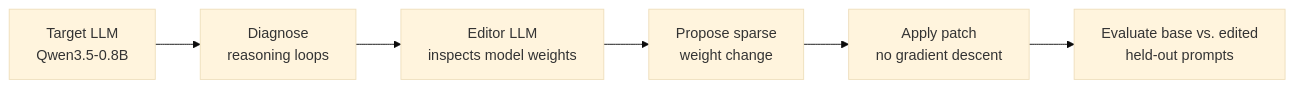
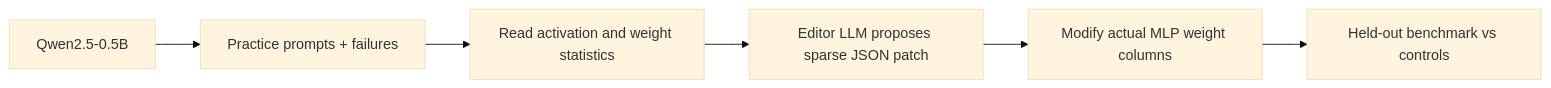
One commit to KevinmKrieg/weight-smithing changed the diagram in README.md. Above: the diagram before and after it, drawn with Mermaid (base theme). The commit also changed other lines of this file and 17 other files, not shown here.

Commit message:
Build independent Qwen weight-editing experiment, benchmark, and controls

````diff
--- a/README.md
+++ b/README.md
@@ -42,8 +27,8 @@
-```mermaid
+~~~mermaid
 flowchart LR
-    A["Target LLM<br/>Qwen3.5-0.8B"] --> B["Diagnose<br/>reasoning loops"]
-    B --> C["Editor LLM<br/>inspects model weights"]
-    C --> D["Propose sparse<br/>weight change"]
-    D --> E["Apply patch<br/>no gradient descent"]
-    E --> F["Evaluate base vs. edited<br/>held-out prompts"]
-```
+  A["Qwen2.5-0.5B"] --> B["Practice prompts + failures"]
+  B --> C["Read activation and weight statistics"]
+  C --> D["Editor LLM proposes sparse JSON patch"]
+  D --> E["Modify actual MLP weight columns"]
+  E --> F["Held-out benchmark vs controls"]
+~~~
````
